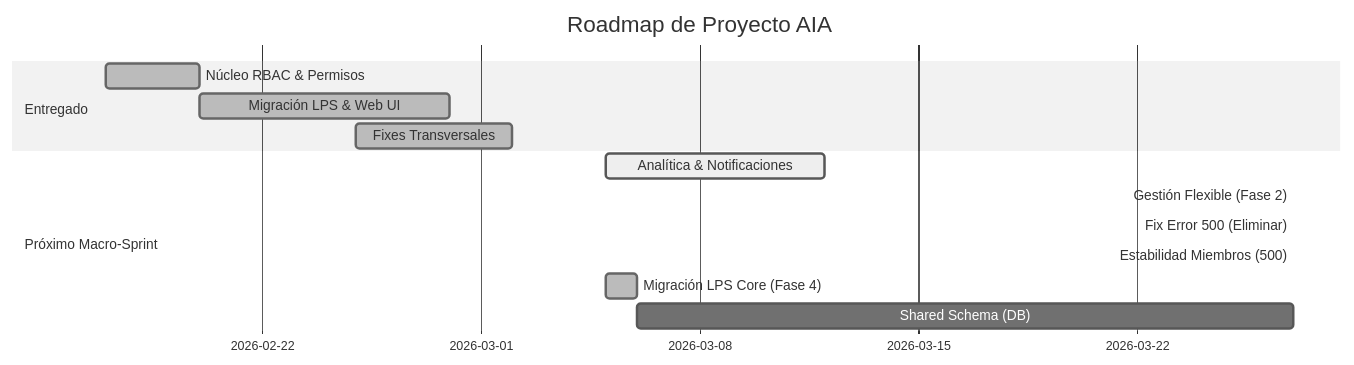
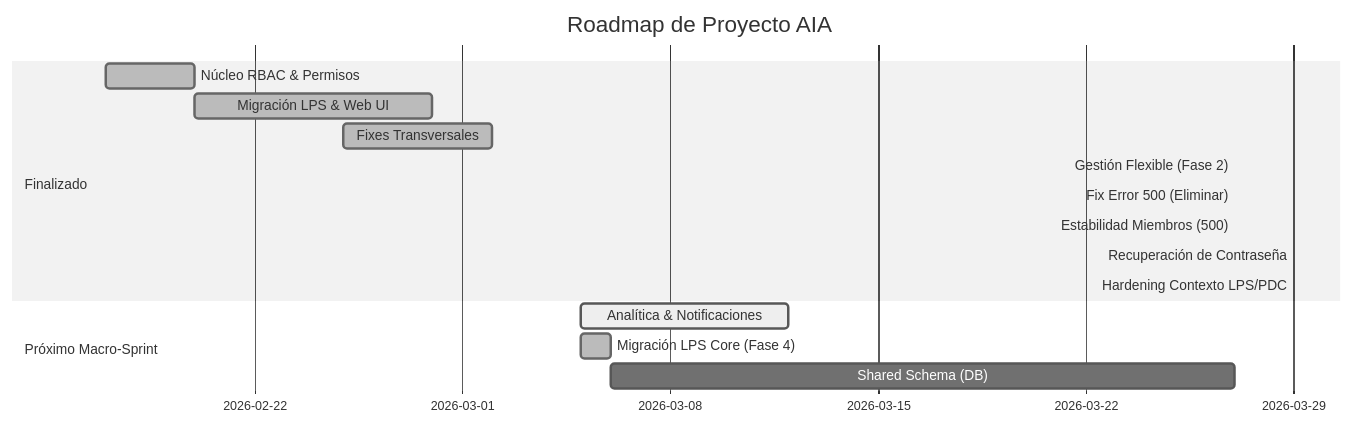
One commit to jbenite7/lastplanneraia-construccion changed the diagram in ROADMAP.md. Above: the diagram before and after it, drawn with Mermaid (neutral theme). The commit also changed other lines of this file and 2 other files, not shown here.

Commit message:
docs: update changelog roadmap and compras planning

````diff
--- a/ROADMAP.md
+++ b/ROADMAP.md
@@ -13,16 +13,18 @@
 ```mermaid
 gantt
     title Roadmap de Proyecto AIA
     dateFormat  YYYY-MM-DD
-    section Entregado
+    section Finalizado
     Núcleo RBAC & Permisos       :done,    des1, 2026-02-17, 2026-02-20
     Migración LPS & Web UI       :done,    des2, 2026-02-20, 2026-02-28
     Fixes Transversales          :done,    des3, 2026-02-25, 2026-03-02
-    section Próximo Macro-Sprint
-    Analítica & Notificaciones  :active,  des4, 2026-03-05, 7d
     Gestión Flexible (Fase 2)    :done,    des7, 2026-03-27, 2026-03-27
     Fix Error 500 (Eliminar)    :done,    des8, 2026-03-27, 2026-03-27
     Estabilidad Miembros (500)  :done,    des9, 2026-03-27, 2026-03-27
+    Recuperación de Contraseña   :done,    des10, 2026-03-29, 2026-03-29
+    Hardening Contexto LPS/PDC   :done,    des11, 2026-03-29, 2026-03-29
+    section Próximo Macro-Sprint
+    Analítica & Notificaciones  :active,  des4, 2026-03-05, 7d
     Migración LPS Core (Fase 4) :done,    des6, 2026-03-05, 2026-03-06
     Shared Schema (DB)         :         des5, after des6, 21d
 ```
````
